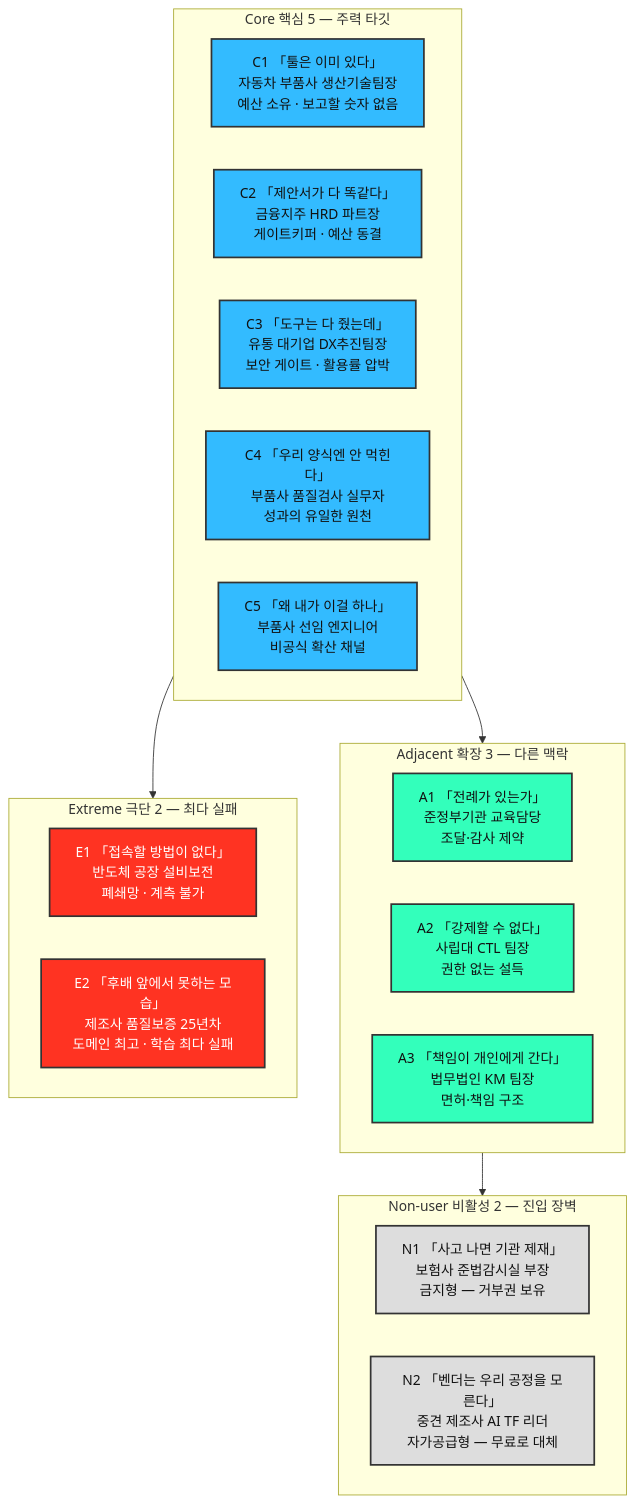
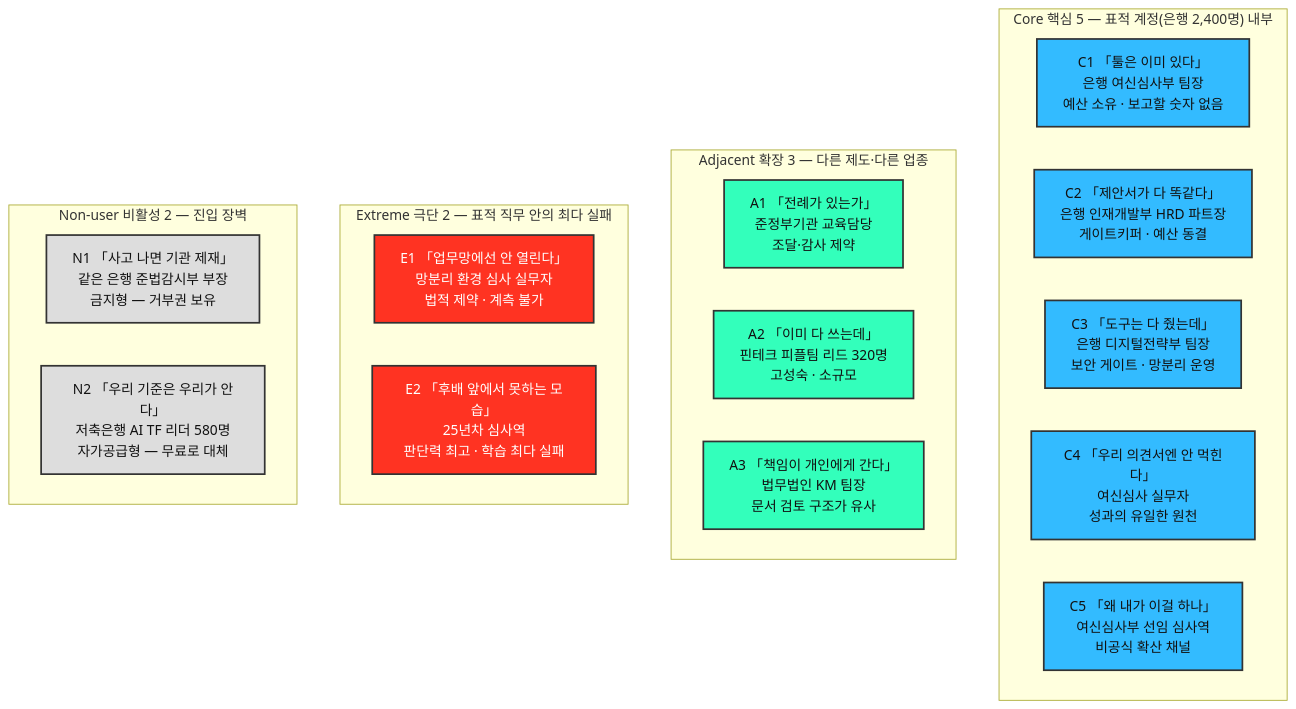
One commit to happai079/business-research-kokjip changed the second of 3 diagrams in 05-persona-spectrum-journey-map/case-01-persona-spectrum.md. Above: the diagram before and after it, drawn with Mermaid. The commit also changed other lines of this file and 5 other files, not shown here.

````diff
--- a/05-persona-spectrum-journey-map/case-01-persona-spectrum.md
+++ b/05-persona-spectrum-journey-map/case-01-persona-spectrum.md
@@ -218,43 +232,39 @@
 ```mermaid
 graph TB
-    subgraph CORE["Core 핵심 5 — 주력 타깃"]
+    subgraph CORE["Core 핵심 5 — 표적 계정(은행 2,400명) 내부"]
         direction LR
-        C1["C1 「툴은 이미 있다」<br>자동차 부품사 생산기술팀장<br>예산 소유 · 보고할 숫자 없음"]
-        C2["C2 「제안서가 다 똑같다」<br>금융지주 HRD 파트장<br>게이트키퍼 · 예산 동결"]
-        C3["C3 「도구는 다 줬는데」<br>유통 대기업 DX추진팀장<br>보안 게이트 · 활용률 압박"]
-        C4["C4 「우리 양식엔 안 먹힌다」<br>부품사 품질검사 실무자<br>성과의 유일한 원천"]
-        C5["C5 「왜 내가 이걸 하나」<br>부품사 선임 엔지니어<br>비공식 확산 채널"]
+        C1["C1 「툴은 이미 있다」<br>은행 여신심사부 팀장<br>예산 소유 · 보고할 숫자 없음"]
+        C2["C2 「제안서가 다 똑같다」<br>은행 인재개발부 HRD 파트장<br>게이트키퍼 · 예산 동결"]
+        C3["C3 「도구는 다 줬는데」<br>은행 디지털전략부 팀장<br>보안 게이트 · 망분리 운영"]
+        C4["C4 「우리 의견서엔 안 먹힌다」<br>여신심사 실무자<br>성과의 유일한 원천"]
+        C5["C5 「왜 내가 이걸 하나」<br>여신심사부 선임 심사역<br>비공식 확산 채널"]
     end
 
-    subgraph ADJ["Adjacent 확장 3 — 다른 맥락"]
+    subgraph ADJ["Adjacent 확장 3 — 다른 제도·다른 업종"]
         direction LR
         A1["A1 「전례가 있는가」<br>준정부기관 교육담당<br>조달·감사 제약"]
-        A2["A2 「강제할 수 없다」<br>사립대 CTL 팀장<br>권한 없는 설득"]
-        A3["A3 「책임이 개인에게 간다」<br>법무법인 KM 팀장<br>면허·책임 구조"]
+        A2["A2 「이미 다 쓰는데」<br>핀테크 피플팀 리드 320명<br>고성숙 · 소규모"]
+        A3["A3 「책임이 개인에게 간다」<br>법무법인 KM 팀장<br>문서 검토 구조가 유사"]
     end
 
-    subgraph EXT["Extreme 극단 2 — 최다 실패"]
+    subgraph EXT["Extreme 극단 2 — 표적 직무 안의 최다 실패"]
         direction LR
-        E1["E1 「접속할 방법이 없다」<br>반도체 공장 설비보전<br>폐쇄망 · 계측 불가"]
-        E2["E2 「후배 앞에서 못하는 모습」<br>제조사 품질보증 25년차<br>도메인 최고 · 학습 최다 실패"]
+        E1["E1 「업무망에선 안 열린다」<br>망분리 환경 심사 실무자<br>법적 제약 · 계측 불가"]
+        E2["E2 「후배 앞에서 못하는 모습」<br>25년차 심사역<br>판단력 최고 · 학습 최다 실패"]
     end
 
     subgraph NON["Non-user 비활성 2 — 진입 장벽"]
         direction LR
-        N1["N1 「사고 나면 기관 제재」<br>보험사 준법감시실 부장<br>금지형 — 거부권 보유"]
-        N2["N2 「벤더는 우리 공정을 모른다」<br>중견 제조사 AI TF 리더<br>자가공급형 — 무료로 대체"]
+        N1["N1 「사고 나면 기관 제재」<br>같은 은행 준법감시부 부장<br>금지형 — 거부권 보유"]
+        N2["N2 「우리 기준은 우리가 안다」<br>저축은행 AI TF 리더 580명<br>자가공급형 — 무료로 대체"]
     end
-
-    CORE --> ADJ
-    CORE --> EXT
-    ADJ --> NON
 
     classDef core fill:#33BBFF,stroke:#333,stroke-width:2px,color:#111;
     classDef adj fill:#33FFBB,stroke:#333,stroke-width:2px,color:#111;
     classDef ext fill:#FF3322,stroke:#333,stroke-width:2px,color:#fff;
     classDef non fill:#DDDDDD,stroke:#333,stroke-width:2px,color:#111;
     class C1,C2,C3,C4,C5 core;
     class A1,A2,A3 adj;
     class E1,E2 ext;
     class N1,N2 non;
 ```
````
